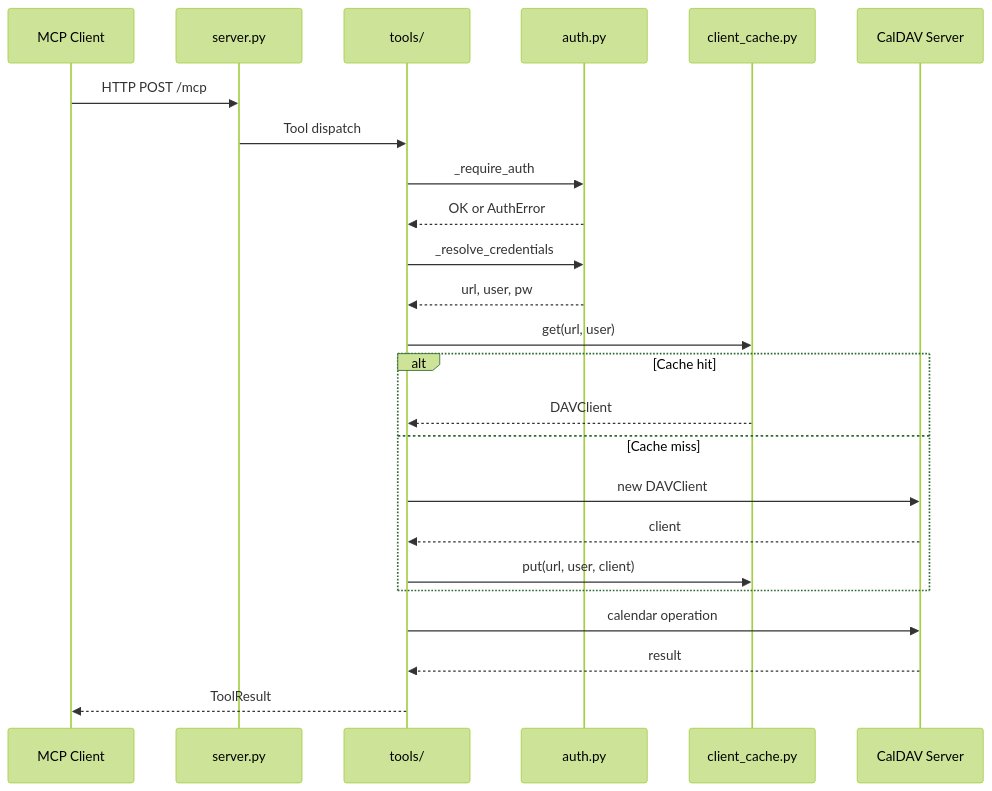
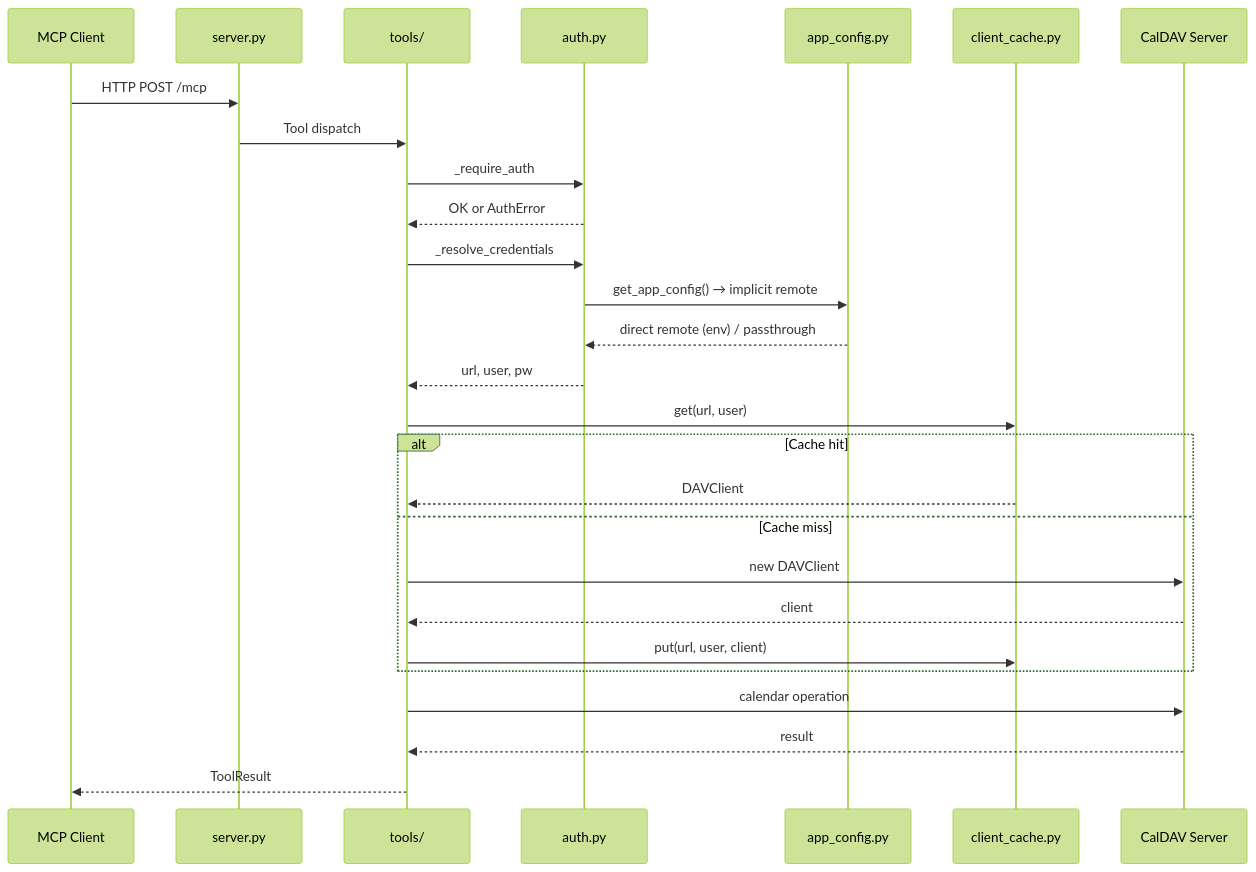
One commit to gelse/caldav-mcp changed the diagram in docs/architecture.md. Above: the diagram before and after it, drawn with Mermaid (forest theme). The commit also changed other lines of this file and 3 other files, not shown here.

````diff
--- a/docs/architecture.md
+++ b/docs/architecture.md
@@ -29,27 +30,30 @@
 ```mermaid
 sequenceDiagram
     participant Client as MCP Client
     participant Server as server.py
     participant Tools as tools/
     participant Auth as auth.py
+    participant Config as app_config.py
     participant Cache as client_cache.py
     participant CalDAV as CalDAV Server
 
     Client->>Server: HTTP POST /mcp
     Server->>Tools: Tool dispatch
     Tools->>Auth: _require_auth
     Auth-->>Tools: OK or AuthError
     Tools->>Auth: _resolve_credentials
+    Auth->>Config: get_app_config() → implicit remote
+    Config-->>Auth: direct remote (env) / passthrough
     Auth-->>Tools: url, user, pw
     Tools->>Cache: get(url, user)
     alt Cache hit
         Cache-->>Tools: DAVClient
     else Cache miss
         Tools->>CalDAV: new DAVClient
         CalDAV-->>Tools: client
         Tools->>Cache: put(url, user, client)
     end
     Tools->>CalDAV: calendar operation
     CalDAV-->>Tools: result
     Tools-->>Client: ToolResult
 ```
````
